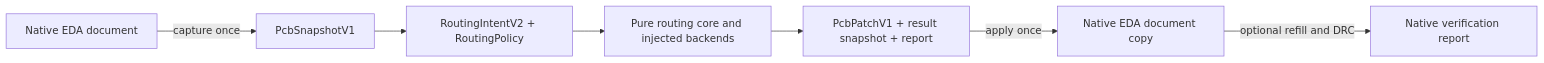
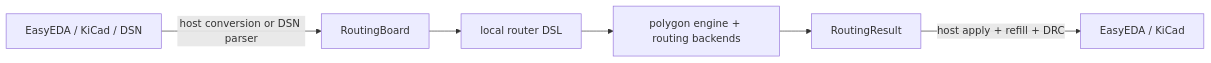
The diagram in docs/architecture/eda-neutral-package.md (biosshot/eda-copilot-router), drawn with Mermaid before and after one commit. The commit also changed other lines of this file and 3 other files, not shown here.

Commit message:
docs(router): define routing data and DSL contracts

````diff
--- a/docs/architecture/eda-neutral-package.md
+++ b/docs/architecture/eda-neutral-package.md
@@ -8,9 +10,8 @@
 ```mermaid
 flowchart LR
-  A["Native EDA document"] -->|capture once| B["PcbSnapshotV1"]
-  B --> C["RoutingIntentV2 + RoutingPolicy"]
-  C --> D["Pure routing core and injected backends"]
-  D --> E["PcbPatchV1 + result snapshot + report"]
-  E -->|apply once| F["Native EDA document copy"]
-  F -->|optional refill and DRC| G["Native verification report"]
+  A["EasyEDA / KiCad / DSN"] -->|host conversion or DSN parser| B["RoutingBoard"]
+  B --> C["local router DSL"]
+  C --> D["polygon engine + routing backends"]
+  D --> E["RoutingResult"]
+  E -->|host apply + refill + DRC| F["EasyEDA / KiCad"]
 ```
````
